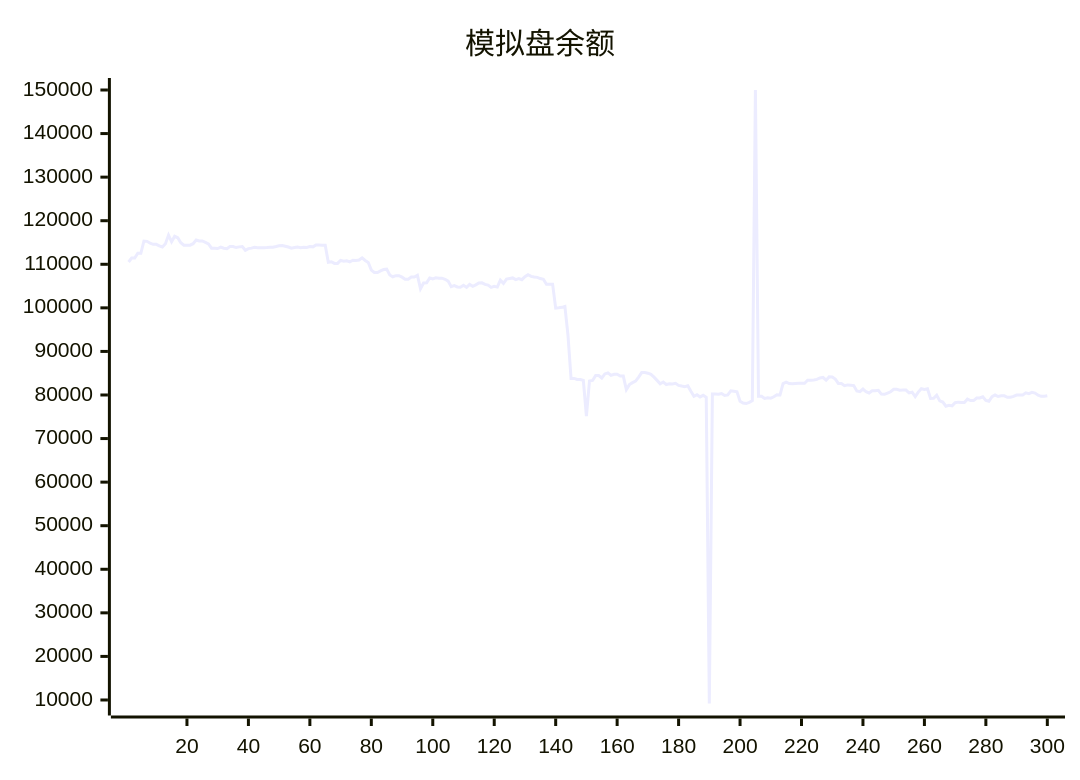
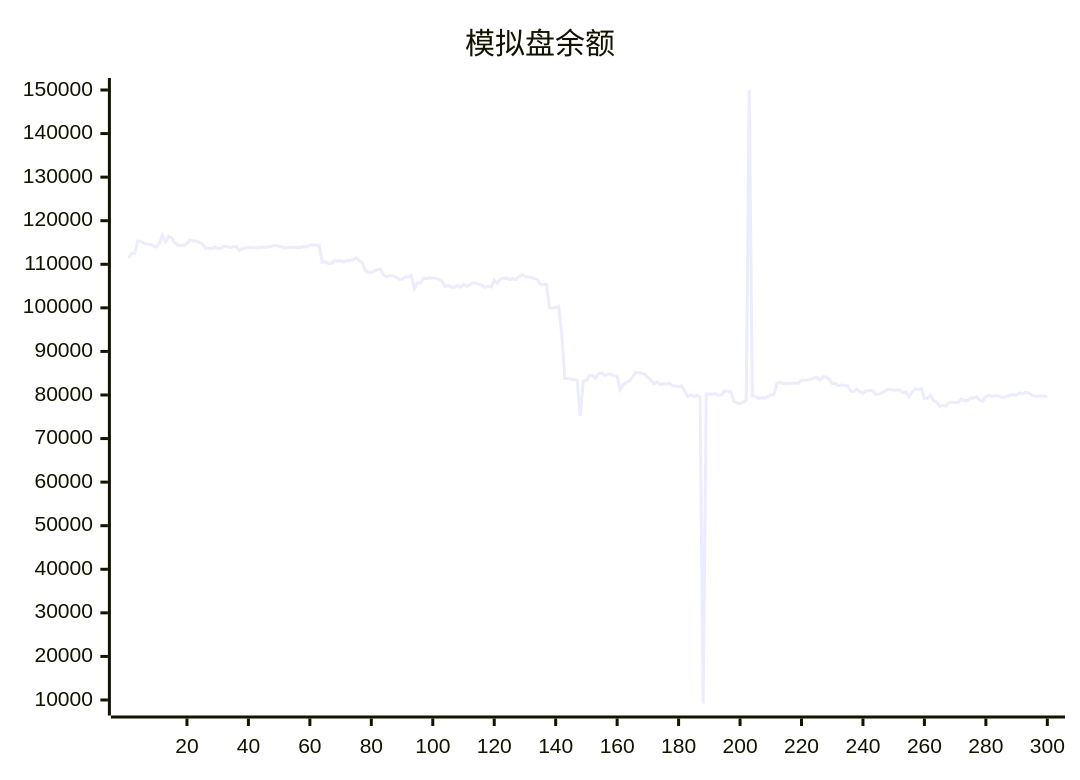
One commit to aahl/ai-trading changed the diagram in README.md. Above: the diagram before and after it, drawn with Mermaid. The commit also changed other lines of this file and 1 other file, not shown here.

````diff
--- a/README.md
+++ b/README.md
@@ -5,5 +5,5 @@
 ```mermaid
 xychart
     title "模拟盘余额"
-    line [110531,111421,111421,112518,112522,115341,115266,114830,114584,114588,114231,113973,114726,116697,115160,116423,116083,114950,114365,114365,114388,114730,115582,115358,115358,115032,114686,113688,113688,113610,113930,113672,113585,114083,114074,113840,113996,114051,113208,113593,113701,113901,113794,113784,113810,113848,113927,113929,114064,114232,114293,114144,113960,113698,113853,113942,113812,113908,113877,114091,113998,114427,114422,114384,114384,110477,110576,110198,110198,110890,110712,110812,110569,110929,110847,110968,111478,110870,110433,108661,108116,108115,108485,108797,108877,107536,107134,107393,107393,107046,106565,106565,107081,107081,107478,104404,105715,105749,106866,106651,106889,106771,106816,106565,106141,104876,105103,104796,104734,105169,104690,105380,104941,105272,105709,105739,105374,105227,104691,104924,104762,106364,105628,106608,106748,106872,106485,106721,106468,107132,107620,107224,107080,107001,106717,106567,105431,105431,105440,99950,100017,100113,100337,93749,83795,83807,83567,83567,83342,75168,83222,83336,84448,84449,83896,84839,85065,84499,84757,84757,84364,84347,81254,82385,82835,83184,84099,85150,85150,85002,84751,84096,83356,82582,82983,82404,82572,82512,82688,82200,82047,81920,82125,80840,79688,80060,79552,79920,79470,9193,80236,80208,80170,80336,79894,80006,80954,80837,80712,78561,78139,78037,78293,78682,150000,79720,79720,79214,79372,79279,79591,80046,79993,82625,82950,82626,82571,82633,82670,82670,82681,83386,83378,83464,83579,83920,84037,83402,84160,84142,83652,82655,82655,82145,82315,82243,82163,80934,80770,81371,80742,80468,80989,80989,81067,80191,80155,80450,80737,81309,81309,81106,81119,81119,80471,80631,79624,80670,81448,81290,81429,79212,79222,79940,78643,78380,77432,77623,77504,78235,78358,78284,78277,79048,78714,78714,79290,79308,79567,78763,78563,79603,79988,79652,79813,79813,79476,79469,79673,79995,80015,80015,80486,80314,80600,80436,79966,79689,79689,79819]
+    line [111421,112518,112522,115341,115266,114830,114584,114588,114231,113973,114726,116697,115160,116423,116083,114950,114365,114365,114388,114730,115582,115358,115358,115032,114686,113688,113688,113610,113930,113672,113585,114083,114074,113840,113996,114051,113208,113593,113701,113901,113794,113784,113810,113848,113927,113929,114064,114232,114293,114144,113960,113698,113853,113942,113812,113908,113877,114091,113998,114427,114422,114384,114384,110477,110576,110198,110198,110890,110712,110812,110569,110929,110847,110968,111478,110870,110433,108661,108116,108115,108485,108797,108877,107536,107134,107393,107393,107046,106565,106565,107081,107081,107478,104404,105715,105749,106866,106651,106889,106771,106816,106565,106141,104876,105103,104796,104734,105169,104690,105380,104941,105272,105709,105739,105374,105227,104691,104924,104762,106364,105628,106608,106748,106872,106485,106721,106468,107132,107620,107224,107080,107001,106717,106567,105431,105431,105440,99950,100017,100113,100337,93749,83795,83807,83567,83567,83342,75168,83222,83336,84448,84449,83896,84839,85065,84499,84757,84757,84364,84347,81254,82385,82835,83184,84099,85150,85150,85002,84751,84096,83356,82582,82983,82404,82572,82512,82688,82200,82047,81920,82125,80840,79688,80060,79552,79920,79470,9193,80236,80208,80170,80336,79894,80006,80954,80837,80712,78561,78139,78037,78293,78682,150000,79720,79720,79214,79372,79279,79591,80046,79993,82625,82950,82626,82571,82633,82670,82670,82681,83386,83378,83464,83579,83920,84037,83402,84160,84142,83652,82655,82655,82145,82315,82243,82163,80934,80770,81371,80742,80468,80989,80989,81067,80191,80155,80450,80737,81309,81309,81106,81119,81119,80471,80631,79624,80670,81448,81290,81429,79212,79222,79940,78643,78380,77432,77623,77504,78235,78358,78284,78277,79048,78714,78714,79290,79308,79567,78763,78563,79603,79988,79652,79813,79813,79476,79469,79673,79995,80015,80015,80486,80314,80600,80436,79966,79689,79689,79819,79692,79692]
 ```
````
